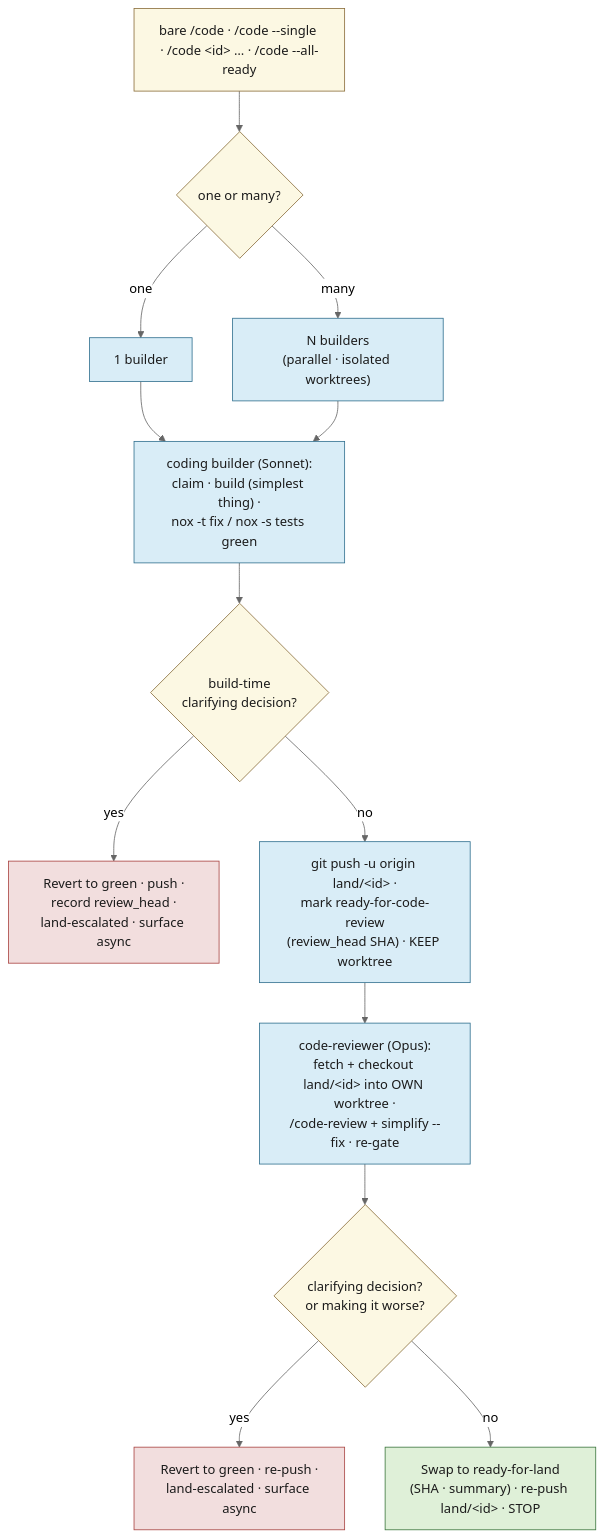
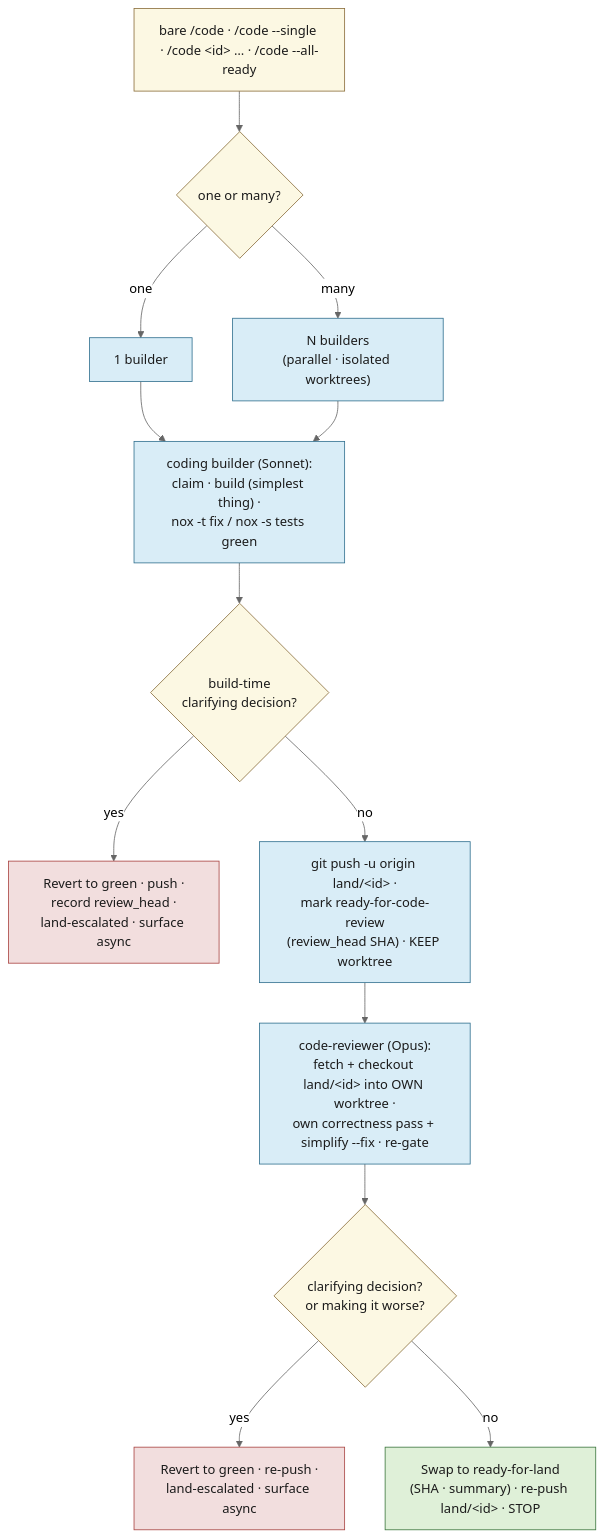
Before and after one commit to bildzeitung/lode: the third of 4 diagrams in docs/agents-workflow.md, drawn with Mermaid (neutral theme). The commit also changed other lines of this file and 6 other files, not shown here.

````diff
--- a/docs/agents-workflow.md
+++ b/docs/agents-workflow.md
@@ -1064,26 +1070,26 @@
 ```mermaid
 flowchart TD
     INV["bare /code · /code --single · /code &lt;id&gt; … · /code --all-ready"] --> N{"one or many?"}
     N -->|"one"| ONE["1 builder"]
     N -->|"many"| FAN["N builders<br>(parallel · isolated worktrees)"]
     ONE --> BUILD["coding builder (Sonnet):<br>claim · build (simplest thing) ·<br>nox -t fix / nox -s tests green"]
     FAN --> BUILD
     BUILD --> BESC{"build-time<br>clarifying decision?"}
     BESC -->|"yes"| BHOLD["Revert to green · push ·<br>record review_head ·<br>land-escalated · surface async"]
     BESC -->|"no"| PUSH["git push -u origin land/&lt;id&gt; ·<br>mark ready-for-code-review<br>(review_head SHA) · KEEP worktree"]
-    PUSH --> REV["code-reviewer (Opus):<br>fetch + checkout land/&lt;id&gt; into OWN worktree ·<br>/code-review + simplify --fix · re-gate"]
+    PUSH --> REV["code-reviewer (Opus):<br>fetch + checkout land/&lt;id&gt; into OWN worktree ·<br>own correctness pass + simplify --fix · re-gate"]
     REV --> RESC{"clarifying decision?<br>or making it worse?"}
     RESC -->|"yes"| RHOLD["Revert to green · re-push ·<br>land-escalated · surface async"]
     RESC -->|"no"| MARK["Swap to ready-for-land<br>(SHA · summary) · re-push land/&lt;id&gt; · STOP"]
 
     classDef start fill:#fcf8e3,stroke:#8a6d3b,color:#1b1b1b;
     classDef work fill:#d9edf7,stroke:#31708f,color:#1b1b1b;
     classDef gate fill:#fcf8e3,stroke:#8a6d3b,color:#1b1b1b;
     classDef bad fill:#f2dede,stroke:#a94442,color:#1b1b1b;
     classDef good fill:#dff0d8,stroke:#3c763d,color:#1b1b1b;
     class INV,N start;
     class ONE,FAN,BUILD,PUSH,REV work;
     class BESC,RESC gate;
     class BHOLD,RHOLD bad;
     class MARK good;
 ```
````
